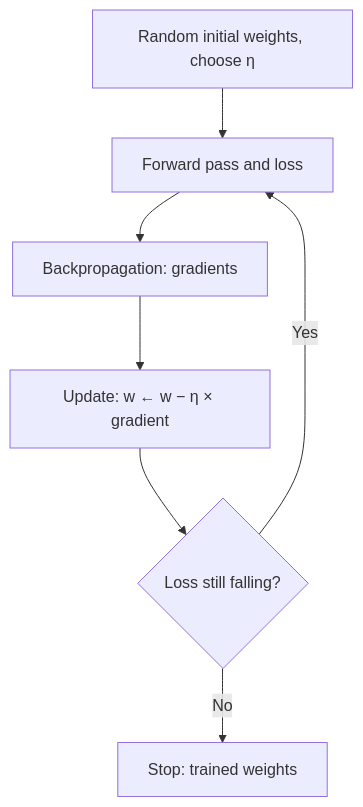
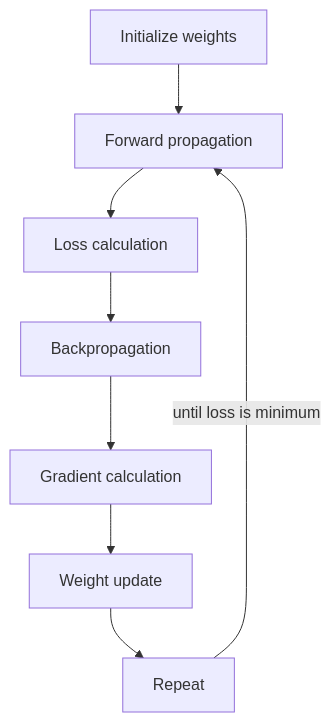
Before and after one commit to TrendySloth1001/sem-seven-notes: the second of 4 diagrams in content/deep-learning/notes/gradient-descent.mdx, drawn with Mermaid. The commit also changed other lines of this file and 254 other files, not shown here.

Commit message:
Rewrite the backpropagation, gradient descent, regularization and autoencoder notes and their 29 answers from the teachers' class files. They use 185 teacher figures with class-notes citations only, and correct the AdaGrad, RMSProp, Nesterov and batch-norm numbers on the slides.

````diff
--- a/content/deep-learning/notes/gradient-descent.mdx
+++ b/content/deep-learning/notes/gradient-descent.mdx
@@ -87,10 +124,11 @@
 ```mermaid
-%% caption: The gradient descent loop. Each turn of the loop is one iteration; the loop stops when the loss stops improving.
+%% caption: The working flow of gradient descent. Each pass through the loop moves the weights a little downhill, so the loss decreases and the prediction becomes more accurate.
 flowchart TD
-  A["Random initial weights, choose η"] --> B["Forward pass and loss"]
-  B --> C["Backpropagation: gradients"]
-  C --> D["Update: w ← w − η × gradient"]
-  D --> E{"Loss still falling?"}
-  E -- "Yes" --> B
-  E -- "No" --> F["Stop: trained weights"]
+  A["Initialize weights"] --> B["Forward propagation"]
+  B --> C["Loss calculation"]
+  C --> D["Backpropagation"]
+  D --> E["Gradient calculation"]
+  E --> F["Weight update"]
+  F --> G["Repeat"]
+  G -->|"until loss is minimum"| B
 ```
````
